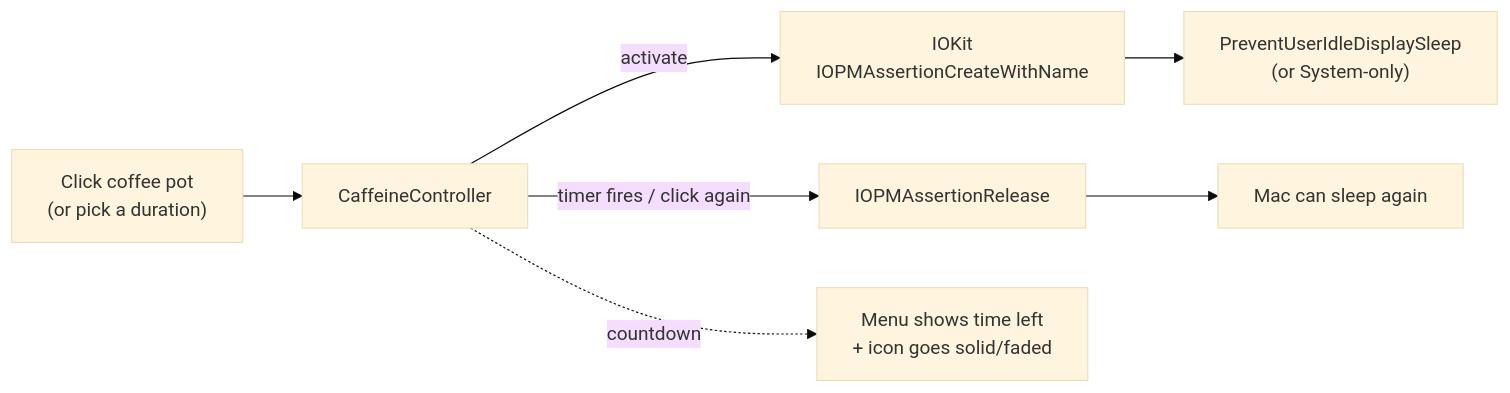
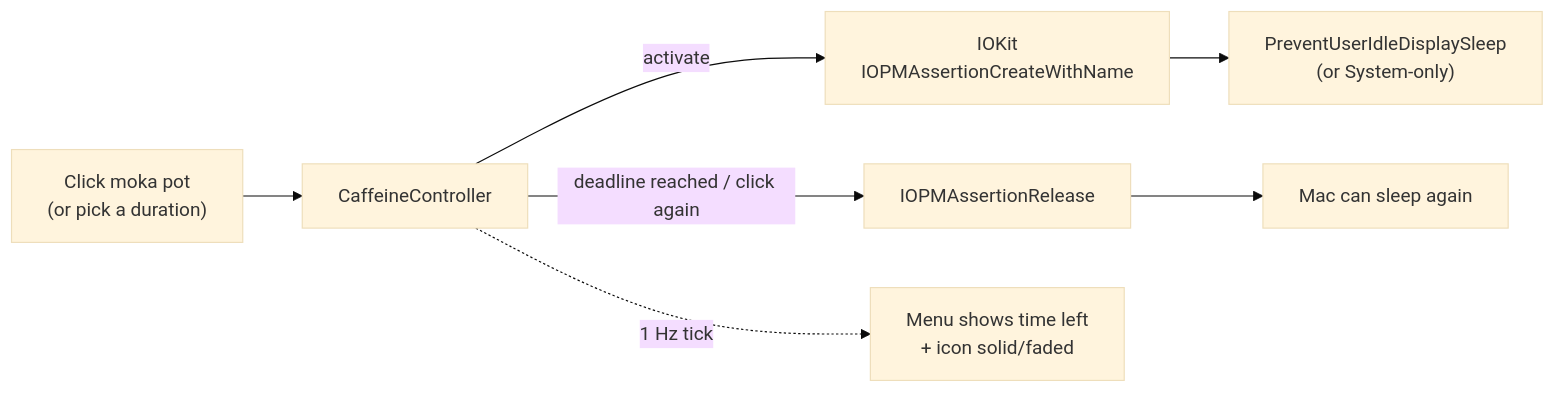
Before and after one commit to manuelfedele/coffeepot: the diagram in README.md, drawn with Mermaid (base theme). The commit also changed other lines of this file and 10 other files, not shown here.

````diff
--- a/README.md
+++ b/README.md
@@ -41,9 +44,9 @@
 ```mermaid
 flowchart LR
-    Click["Click coffee pot<br/>(or pick a duration)"] --> Ctrl[CaffeineController]
+    Click["Click moka pot<br/>(or pick a duration)"] --> Ctrl[CaffeineController]
     Ctrl -->|activate| Assert["IOKit<br/>IOPMAssertionCreateWithName"]
     Assert --> Awake["PreventUserIdleDisplaySleep<br/>(or System-only)"]
-    Ctrl -->|timer fires / click again| Release["IOPMAssertionRelease"]
+    Ctrl -->|deadline reached / click again| Release["IOPMAssertionRelease"]
     Release --> Sleep["Mac can sleep again"]
-    Ctrl -. countdown .-> Menu["Menu shows time left<br/>+ icon goes solid/faded"]
+    Ctrl -. 1&nbsp;Hz tick .-> Menu["Menu shows time left<br/>+ icon solid/faded"]
 ```
````
